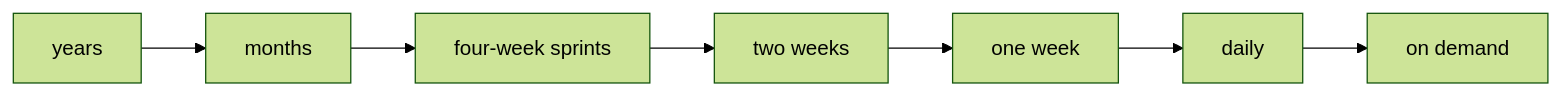
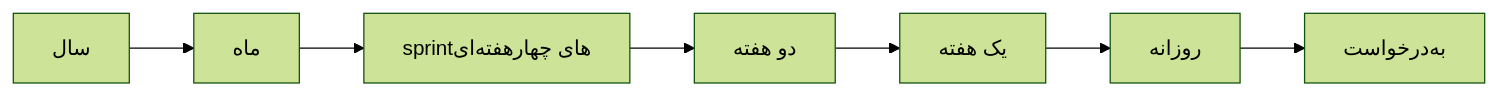
The diagram in books/the-pragmatic-programmer/chapters/09-pragmatic-projects.md (AlirezaHanifi/knowledge-vault), drawn with Mermaid (forest theme) before and after one commit. The commit also changed other lines of this file and 49 other files, not shown here.

````diff
--- a/books/the-pragmatic-programmer/chapters/09-pragmatic-projects.md
+++ b/books/the-pragmatic-programmer/chapters/09-pragmatic-projects.md
@@ -92,4 +100,4 @@
 ```mermaid
 flowchart LR
-    Y["years"] --> M["months"] --> W4["four-week sprints"] --> W2["two weeks"] --> W1["one week"] --> D["daily"] --> OD["on demand"]
+    Y["سال"] --> M["ماه"] --> W4["sprintهای چهار‌هفته‌ای"] --> W2["دو هفته"] --> W1["یک هفته"] --> D["روزانه"] --> OD["به‌درخواست"]
 ```
````
